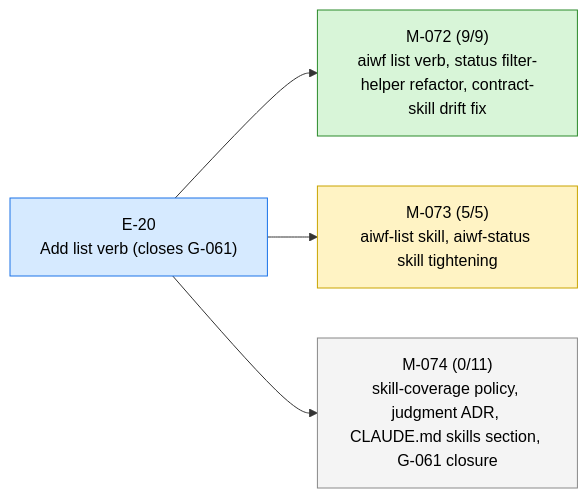
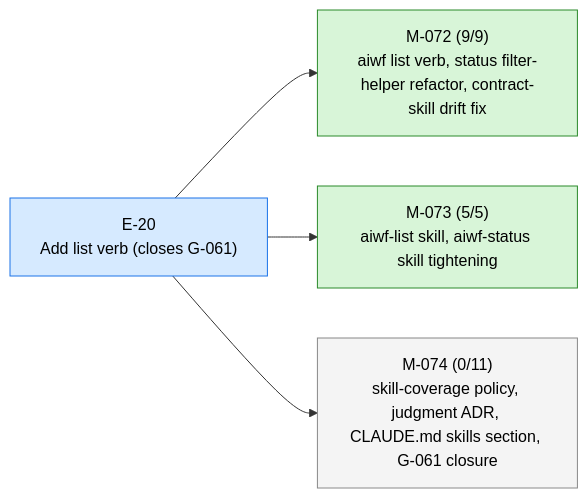
The first of 2 diagrams in STATUS.md (23min/aiwf), drawn with Mermaid before and after one commit. The commit also changed other lines of this file and 1 other file, not shown here.

First line of the commit message:
aiwf promote M-073 in_progress -> done

````diff
--- a/STATUS.md
+++ b/STATUS.md
@@ -13,16 +13,16 @@
 ```mermaid
 flowchart LR
   E_20["E-20<br/>Add list verb (closes G-061)"]:::epic_active
   M_072["M-072 (9/9)<br/>aiwf list verb, status filter-helper refactor, contract-skill drift fix"]:::ms_done
   E_20 --> M_072
-  M_073["M-073 (5/5)<br/>aiwf-list skill, aiwf-status skill tightening"]:::ms_in_progress
+  M_073["M-073 (5/5)<br/>aiwf-list skill, aiwf-status skill tightening"]:::ms_done
   E_20 --> M_073
   M_074["M-074 (0/11)<br/>skill-coverage policy, judgment ADR, CLAUDE.md skills section, G-061 closure"]:::ms_draft
   E_20 --> M_074
   classDef epic_active fill:#d6eaff,stroke:#1a73e8,color:#000
   classDef epic_proposed fill:#f4f4f4,stroke:#888,color:#000
   classDef ms_done fill:#d8f5d8,stroke:#2a8a2a,color:#000
   classDef ms_in_progress fill:#fff3c4,stroke:#caa400,color:#000
   classDef ms_draft fill:#f4f4f4,stroke:#888,color:#000
   classDef ms_cancelled fill:#fbeaea,stroke:#c33,color:#000
 ```
````
